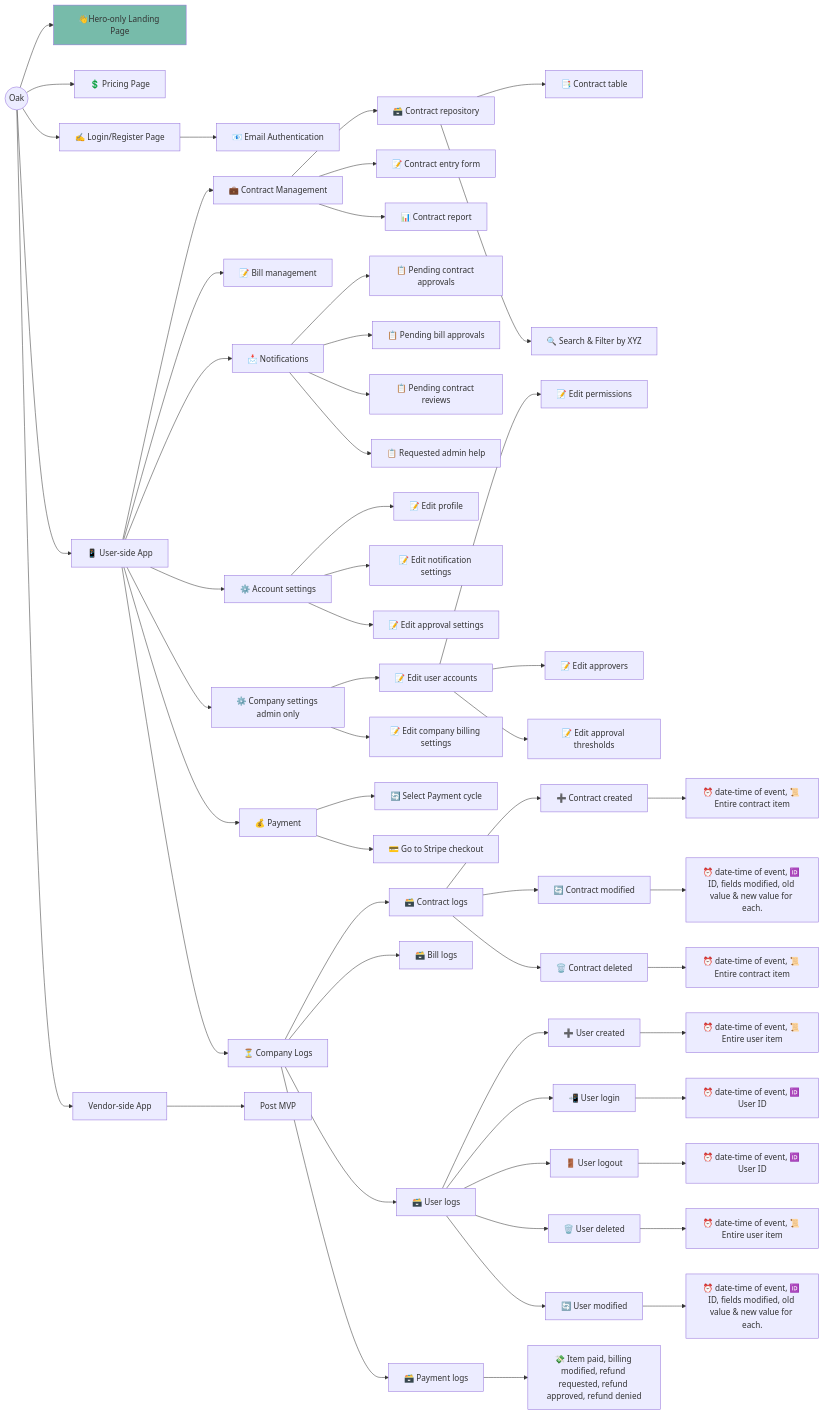
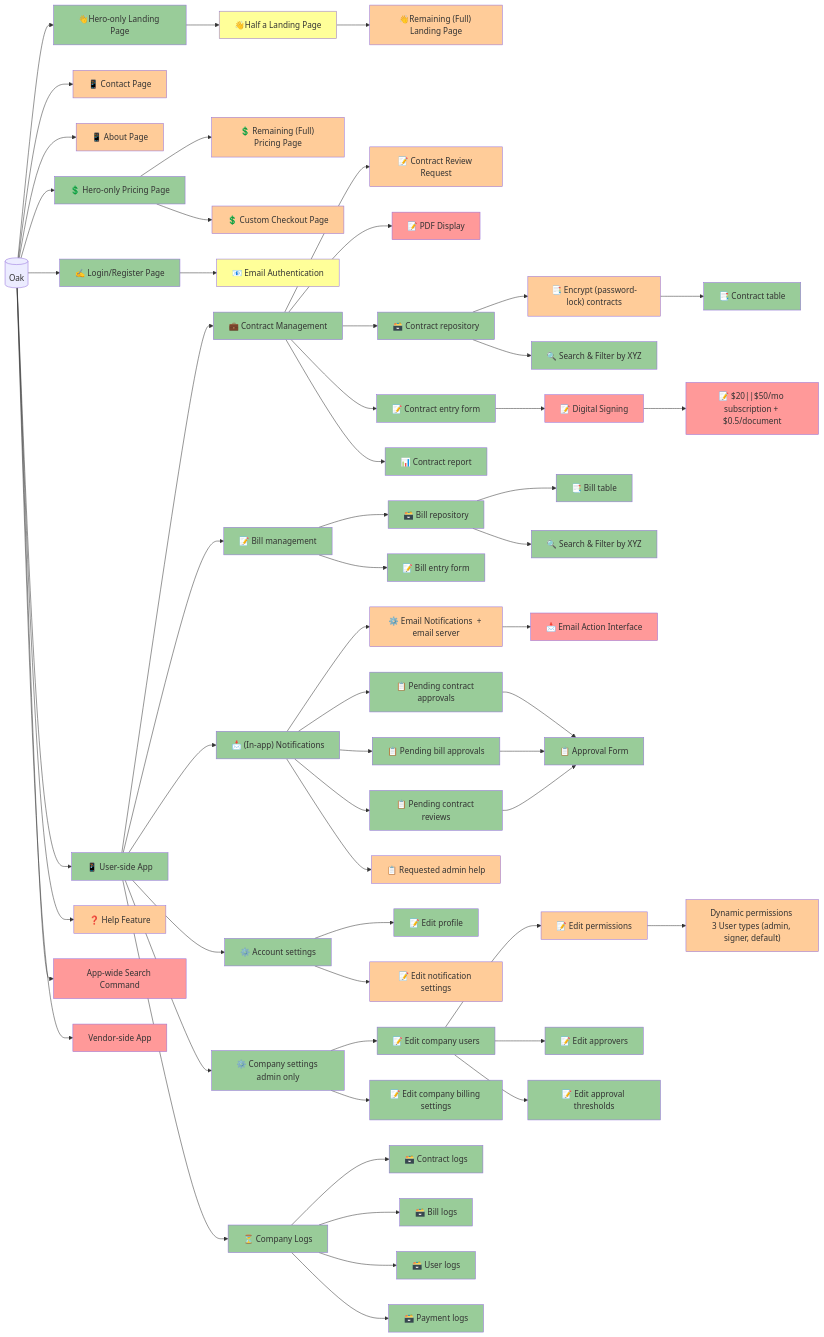
Before and after one commit to startino/futino: the diagram in apps/oak/static/planning/main.mmd, drawn with Mermaid. The commit also changed other lines of this file and 1 other file, not shown here.

```diff
--- a/apps/oak/static/planning/main.mmd
+++ b/apps/oak/static/planning/main.mmd
@@ -1,60 +1,64 @@
+%%{init: {"flowchart": {"htmlLabels": false}} }%%
 graph LR
-    A((Oak))
-    A --> B["👋Hero-only Landing Page"]:::og
-    A --> C["💲 Pricing Page"]
-    A --> D["✍️ Login/Register Page"]
-    D --> E["📧 Email Authentication"]
-    A --> F["📱 User-side App"]
-    F --> G["💼 Contract Management"]
-    G --> H["🗃️ Contract repository"]
-    H --> I["📑 Contract table"]
-    H --> J["🔍 Search & Filter by XYZ"]
-    G --> K["📝 Contract entry form"]
-    G --> L["📊 Contract report"]
-    F --> M["📝 Bill management"]
-    F --> N["📩 Notifications"]
-    N --> O["📋 Pending contract approvals"]
-    N --> P["📋 Pending bill approvals"]
-    N --> Q["📋 Pending contract reviews"]
-    N --> R["📋 Requested admin help"]
-    F --> S["⚙️ Account settings"]
-    S --> T["📝 Edit profile"]
-    S --> U["📝 Edit notification settings"]
-    S --> V["📝 Edit approval settings"]
-    F --> W["⚙️ Company settings admin only"]
-    W --> X["📝 Edit user accounts"]
-    X --> Y["📝 Edit permissions"]
-    X --> Z["📝 Edit approvers"]
-    X --> AA["📝 Edit approval thresholds"]
-    W --> AB["📝 Edit company billing settings"]
-    F --> AC["💰 Payment"]
-    AC --> AD["🔄 Select Payment cycle"]
-    AC --> AE["💳 Go to Stripe checkout"]
-    F --> AF["⏳ Company Logs"]
-    AF --> AG["🗃️ Contract logs"]
-    AG --> AH["➕ Contract created"]
-    AH --> AI["⏰ date-time of event, 📜 Entire contract item"]
-    AG --> AJ["🔄 Contract modified"]
-    AJ --> AK["⏰ date-time of event, 🆔 ID, fields modified, old value & new value for each."]
-    AG --> AL["🗑️ Contract deleted"]
-    AL --> AM["⏰ date-time of event, 📜 Entire contract item"]
-    AF --> AN["🗃️ Bill logs"]
-    AF --> AO["🗃️ User logs"]
-    AO --> AP["➕ User created"]
-    AP --> AQ["⏰ date-time of event, 📜 Entire user item"]
-    AO --> AR["📲 User login"]
-    AR --> AS["⏰ date-time of event, 🆔 User ID"]
-    AO --> AT["🚪 User logout"]
-    AT --> AU["⏰ date-time of event, 🆔 User ID"]
-    AO --> AV["🗑️ User deleted"]
-    AV --> AW["⏰ date-time of event, 📜 Entire user item"]
-    AO --> AX["🔄 User modified"]
-    AX --> AY["⏰ date-time of event, 🆔 ID, fields modified, old value & new value for each."]
-    AF --> AZ["🗃️ Payment logs"]
-    AZ --> BA["💸 Item paid, billing modified, refund requested, refund approved, refund denied"]
-    A --> BB["Vendor-side App"]
-    BB --> BC["Post MVP"]
+    A[(Oak)]
+    A --> B["`👋Hero-only Landing Page `"]:::green
+    B --> B1["`👋Half a Landing Page `"]:::yellow
+    B1 --> B2["`👋Remaining (Full) Landing Page `"]:::orange
+    A --> A1["`📱 Contact Page `"]:::orange
+    A --> A2["`📱 About Page  `"]:::orange
+    A --> C["`💲 Hero-only Pricing Page `"]:::green
+    C --> C1["`💲 Remaining (Full) Pricing Page  `"]:::orange
+    C --> C2["`💲 Custom Checkout Page  `"]:::orange
+    A --> D["`✍️ Login/Register Page  `"]:::green
+    D --> E["`📧 Email Authentication  `"]:::yellow
+    A --> F["`📱 User-side App`"]:::green
+    A --> F1["❓ Help Feature  "]:::orange
+    A --> F2[" App-wide Search Command  "]:::red
+    F --> G["`💼 Contract Management`"]:::green
+    G --> G1["`📝 Contract Review Request `"]:::orange
+    G --> G2["`📝 PDF Display `"]:::red
+    G --> H["`🗃️ Contract repository`"]:::green
+    H --> I["`📑 Encrypt (password-lock) contracts `"]:::orange
+    I --> I1["`📑 Contract table `"]:::green
+    H --> J["`🔍 Search & Filter by XYZ  `"]:::green
+    G --> K["`📝 Contract entry form`"]:::green
+    K --> K1["`📝 Digital Signing `"]:::red
+    K1 --> K11["`📝 $20||$50/mo subscription + $0.5/document`"]:::red
+    G --> L["`📊 Contract report`"]:::green
+    F --> M["`📝 Bill management`"]:::green
+    M --> M1["`🗃️ Bill repository`"]:::green
+    M1 --> M11["`📑 Bill table `"]:::green
+    M1 --> M12["`🔍 Search & Filter by XYZ  `"]:::green
+    M --> M3["`📝 Bill entry form`"]:::green
+    F --> N["`📩 (In-app) Notifications`"]:::green
+    N --> NA["`⚙️ Email Notifications  + email server`"]:::orange
+    NA --> NB["`📩 Email Action Interface `"]:::red
+    N --> O["`📋 Pending contract approvals`"]:::green
+    N --> P["`📋 Pending bill approvals`"]:::green
+    N --> Q["`📋 Pending contract reviews`"]:::green
+    O & P & Q --> N1["`📋 Approval Form`"]:::green
+    N --> R["`📋 Requested admin help `"]:::orange
+    F --> S["`⚙️ Account settings`"]:::green
+    S --> T["`📝 Edit profile`"]:::green
+    S --> U["`📝 Edit notification settings  `"]:::orange
+    F --> W["`⚙️ Company settings admin only`"]:::green
+    W --> X["`📝 Edit company users`"]:::green
+    X --> Y["`📝 Edit permissions `"]:::orange
+    Y --> YA["`Dynamic permissions 
+                3 User types (admin, signer, default) `"]:::orange
+    X --> Z["`📝 Edit approvers`"]:::green
+    X --> AA["`📝 Edit approval thresholds`"]:::green
+    W --> AB["`📝 Edit company billing settings`"]:::green
+    F --> AF["`⏳ Company Logs`"]:::green
+    AF --> AG["`🗃️ Contract logs`"]:::green
+    AF --> AN["`🗃️ Bill logs`"]:::green
+    AF --> AO["`🗃️ User logs`"]:::green
+    AF --> AZ["`🗃️ Payment logs`"]:::green
+    A --> BB["`Vendor-side App`"]:::red
 
 
     classDef taskForNazif fill:#559999
-    classDef og fill:#77bbaa
+    classDef green fill:#99cc99
+    classDef yellow fill:#ffff99
+    classDef orange fill:#ffcc99
+    classDef red fill:#ff9999
```
